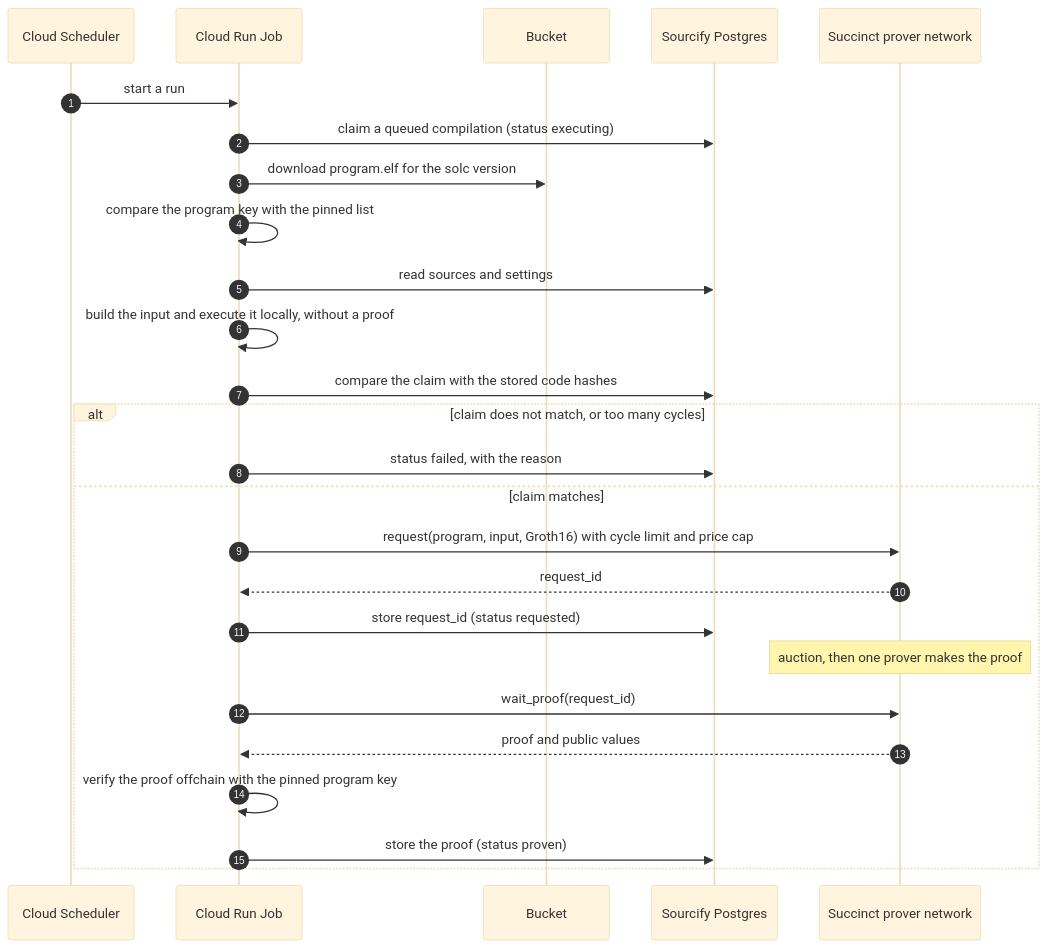
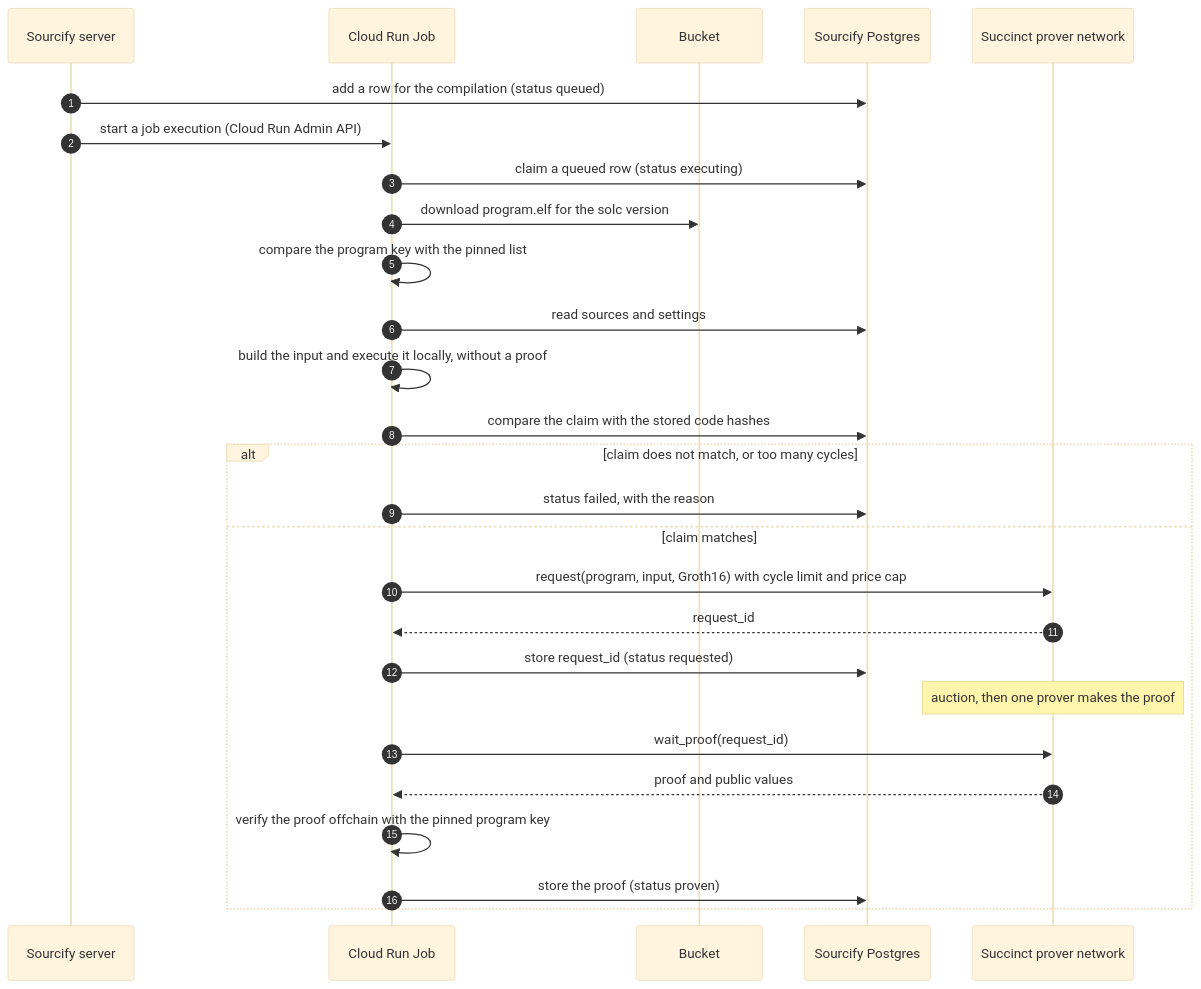
Before and after one commit to sourcifyeth/solc-zk-proof: the diagram in GCP_ARCHITECTURE.md, drawn with Mermaid (base theme). The commit also changed other lines of this file, not shown here.

Commit message:
Start the proof job from the Sourcify server
The Sourcify server adds a queued row and starts a job execution through
the Cloud Run Admin API. Cloud Scheduler is no longer in the plan.

````diff
--- a/GCP_ARCHITECTURE.md
+++ b/GCP_ARCHITECTURE.md
@@ -18,29 +18,30 @@
 ```mermaid
 sequenceDiagram
     autonumber
-    participant S as Cloud Scheduler
+    participant SV as Sourcify server
     participant J as Cloud Run Job
     participant B as Bucket
     participant DB as Sourcify Postgres
     participant N as Succinct prover network
 
-    S->>J: start a run
-    J->>DB: claim a queued compilation (status executing)
+    SV->>DB: add a row for the compilation (status queued)
+    SV->>J: start a job execution (Cloud Run Admin API)
+    J->>DB: claim a queued row (status executing)
     J->>B: download program.elf for the solc version
     J->>J: compare the program key with the pinned list
     J->>DB: read sources and settings
     J->>J: build the input and execute it locally, without a proof
     J->>DB: compare the claim with the stored code hashes
     alt claim does not match, or too many cycles
         J->>DB: status failed, with the reason
     else claim matches
         J->>N: request(program, input, Groth16) with cycle limit and price cap
         N-->>J: request_id
         J->>DB: store request_id (status requested)
         Note over N: auction, then one prover makes the proof
         J->>N: wait_proof(request_id)
         N-->>J: proof and public values
         J->>J: verify the proof offchain with the pinned program key
         J->>DB: store the proof (status proven)
     end
 ```
````
